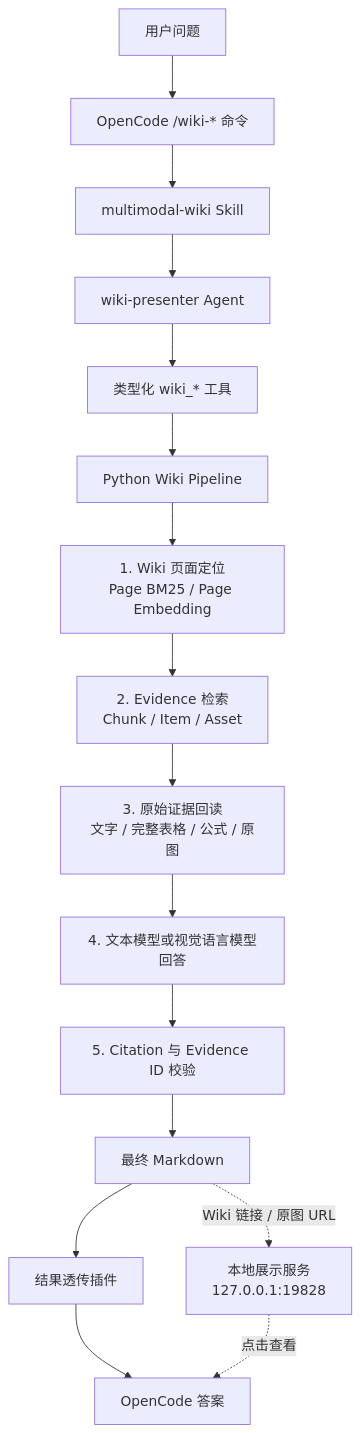
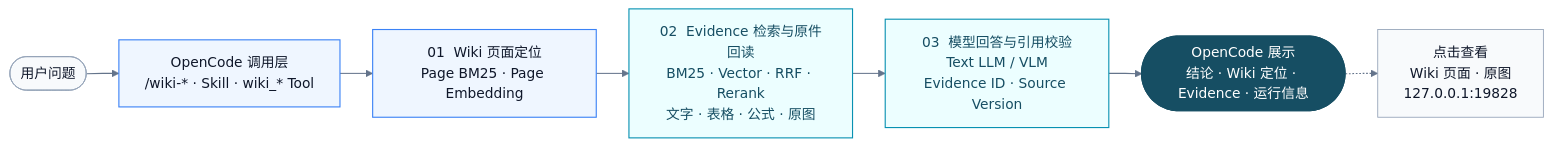
Before and after one commit to yooa722/multimodal-llm-wiki: the third of 3 diagrams in README.md, drawn with Mermaid. The commit also changed other lines of this file, not shown here.

Commit message:
docs: refine README architecture diagrams

````diff
--- a/README.md
+++ b/README.md
@@ -104,19 +114,21 @@
 ```mermaid
-flowchart TB
-    A["用户问题"] --> B["OpenCode /wiki-* 命令"]
-    B --> C["multimodal-wiki Skill"]
-    C --> D["wiki-presenter Agent"]
-    D --> E["类型化 wiki_* 工具"]
-    E --> F["Python Wiki Pipeline"]
+%%{init: {"theme":"base","flowchart":{"curve":"linear","nodeSpacing":32,"rankSpacing":38},"themeVariables":{"fontFamily":"Inter, -apple-system, BlinkMacSystemFont, Segoe UI, sans-serif"}}}%%
+flowchart LR
+    U(["用户问题"]) --> O["OpenCode 调用层<br/>/wiki-* · Skill · wiki_* Tool"]
+    O --> P["01  Wiki 页面定位<br/>Page BM25 · Page Embedding"]
+    P --> E["02  Evidence 检索与原件回读<br/>BM25 · Vector · RRF · Rerank<br/>文字 · 表格 · 公式 · 原图"]
+    E --> A["03  模型回答与引用校验<br/>Text LLM / VLM<br/>Evidence ID · Source Version"]
+    A --> X(["OpenCode 展示<br/>结论 · Wiki 定位 · Evidence · 运行信息"])
+    X -.-> H["点击查看<br/>Wiki 页面 · 原图<br/>127.0.0.1:19828"]
 
-    F --> G["1. Wiki 页面定位<br/>Page BM25 / Page Embedding"]
-    G --> H["2. Evidence 检索<br/>Chunk / Item / Asset"]
-    H --> I["3. 原始证据回读<br/>文字 / 完整表格 / 公式 / 原图"]
-    I --> J["4. 文本模型或视觉语言模型回答"]
-    J --> K["5. Citation 与 Evidence ID 校验"]
-    K --> L["最终 Markdown"]
-    L --> M["结果透传插件"]
-    M --> N["OpenCode 答案"]
-    L -.->|Wiki 链接 / 原图 URL| W["本地展示服务<br/>127.0.0.1:19828"]
-    W -.->|点击查看| N
+    class U,H neutral
+    class O,P core
+    class E,A multimodal
+    class X result
+    classDef neutral fill:#F8FAFC,stroke:#94A3B8,color:#0F172A,stroke-width:1px
+    classDef core fill:#EFF6FF,stroke:#3B82F6,color:#0F172A,stroke-width:1.3px
+    classDef multimodal fill:#ECFEFF,stroke:#0891B2,color:#164E63,stroke-width:1.3px
+    classDef storage fill:#F1F5F9,stroke:#475569,color:#0F172A,stroke-width:1.3px
+    classDef result fill:#164E63,stroke:#164E63,color:#FFFFFF,stroke-width:1.3px
+    linkStyle default stroke:#64748B,stroke-width:1.2px
 ```
````
